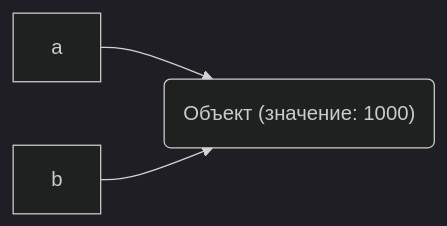
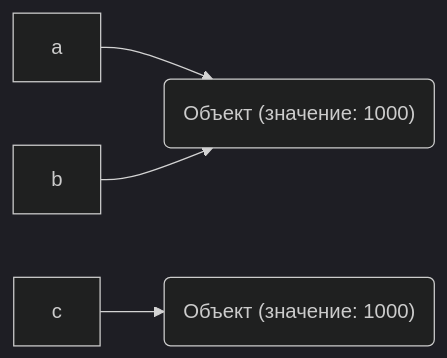
The diagram in LAB1/REPORT.md (dawwwr/Osnovi-programmirovania), drawn with Mermaid (dark theme) before and after one commit.

````diff
--- a/LAB1/REPORT.md
+++ b/LAB1/REPORT.md
@@ -182,5 +182,6 @@
 ```mermaid
 graph LR
-    A[a] --> C("Объект (значение: 1000)")
-    B[b] --> C
+A[a] --> C("Объект (значение: 1000)")
+B[b] --> C
+D[c] --> E("Объект (значение: 1000)")
 ```
````
